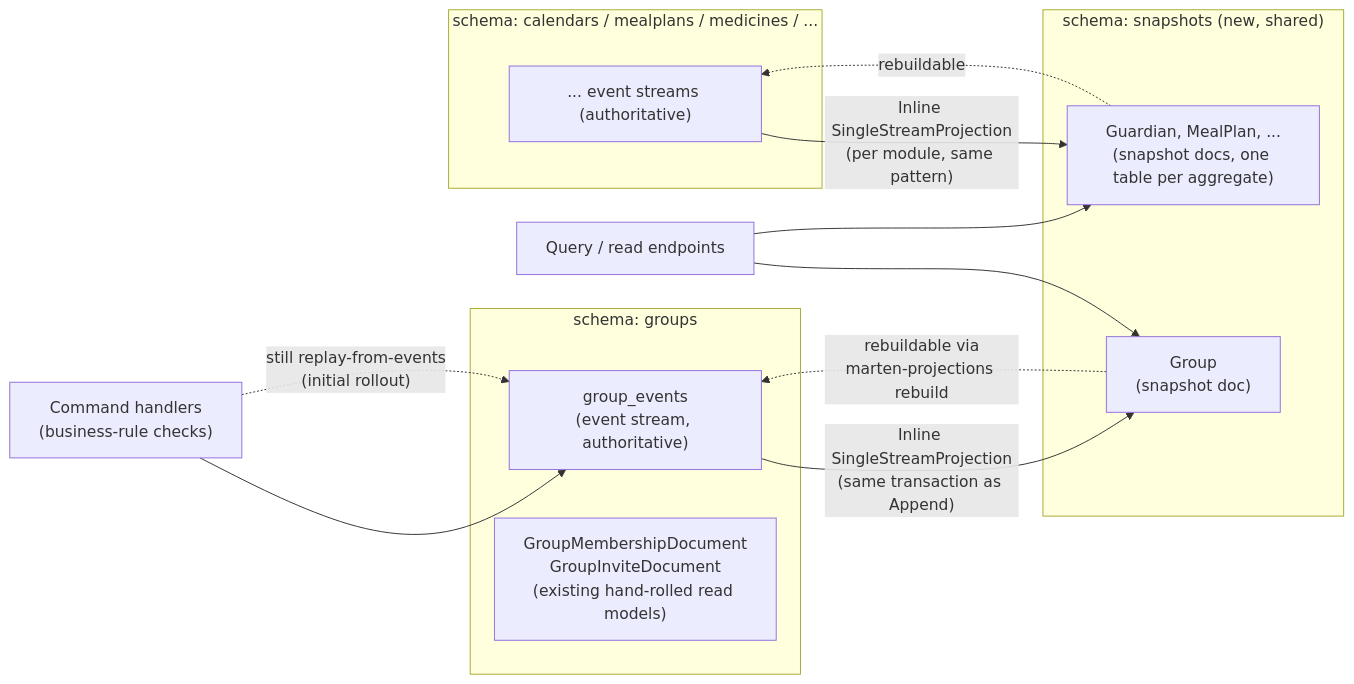
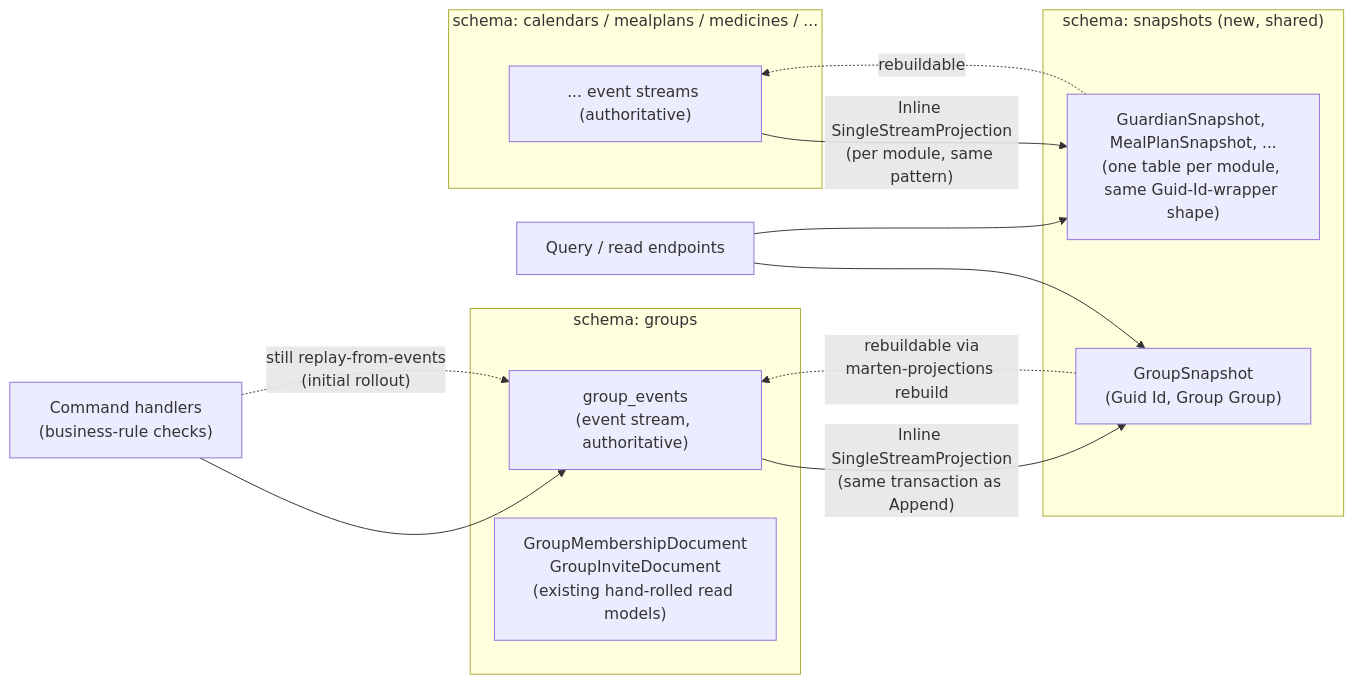
One commit to kimipsen/buddy changed the diagram in docs/backend/analysis/event-stream-snapshots.md. Above: the diagram before and after it, drawn with Mermaid. The commit also changed other lines of this file and 9 other files, not shown here.

````diff
--- a/docs/backend/analysis/event-stream-snapshots.md
+++ b/docs/backend/analysis/event-stream-snapshots.md
@@ -176,27 +252,27 @@
 ```mermaid
 flowchart LR
     subgraph Groups_Schema["schema: groups"]
         GE["group_events\n(event stream, authoritative)"]
         GD["GroupMembershipDocument\nGroupInviteDocument\n(existing hand-rolled read models)"]
     end
 
     subgraph Other_Schemas["schema: calendars / mealplans / medicines / ..."]
         OE["... event streams (authoritative)"]
     end
 
     subgraph Snapshots_Schema["schema: snapshots (new, shared)"]
-        GS["Group\n(snapshot doc)"]
-        OS["Guardian, MealPlan, ...\n(snapshot docs, one table per aggregate)"]
+        GS["GroupSnapshot\n(Guid Id, Group Group)"]
+        OS["GuardianSnapshot, MealPlanSnapshot, ...\n(one table per module, same Guid-Id-wrapper shape)"]
     end
 
     GE -- "Inline SingleStreamProjection\n(same transaction as Append)" --> GS
     OE -- "Inline SingleStreamProjection\n(per module, same pattern)" --> OS
 
     GS -. "rebuildable via\nmarten-projections rebuild" .-> GE
     OS -. "rebuildable" .-> OE
 
     Reads["Query / read endpoints"] --> GS
     Reads --> OS
     Writes["Command handlers\n(business-rule checks)"] --> GE
     Writes -. "still replay-from-events\n(initial rollout)" .-> GE
 ```
````
